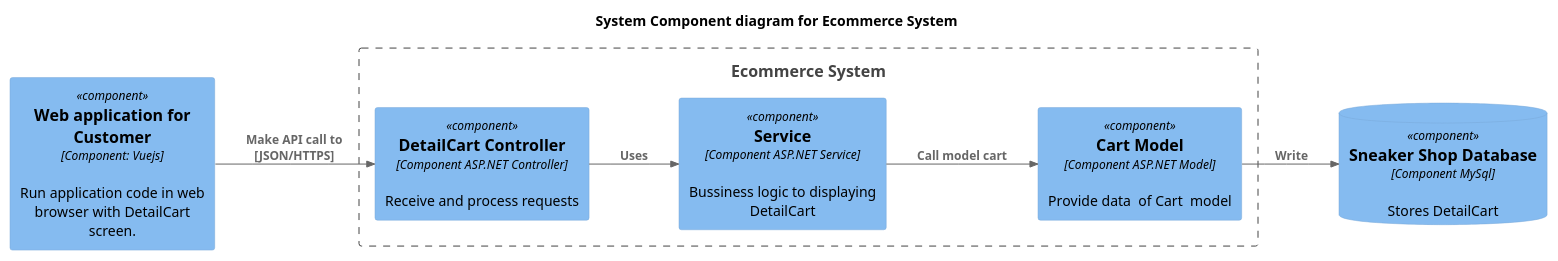
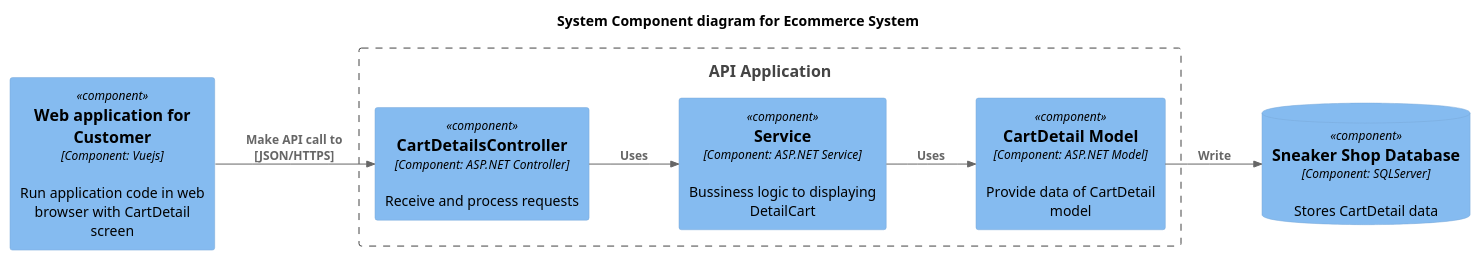
Before and after one commit to cuongchu264/PTTKHuongDoiTuong: the diagram in C4 model/Component/AddDetalCartComponent.puml, drawn with PlantUML. The commit also changed 24 other files, not shown here.

Commit message:
Recheck component code

```diff
--- a/C4 model/Component/AddDetalCartComponent.puml
+++ b/C4 model/Component/AddDetalCartComponent.puml
@@ -1,23 +1,23 @@
 @startuml
 !include https://raw.githubusercontent.com/plantuml-stdlib/C4-PlantUML/master/C4_Component.puml
 ' uncomment the following line and comment the first to use locally
 ' !include C4_Component.puml
 
 LAYOUT_LEFT_RIGHT()
 
 title System Component diagram for Ecommerce System
 
-Component(web_app, "Web application for Customer","Component: Vuejs", "Run application code in web browser with DetailCart  screen.")
-ComponentDb(db, "Sneaker Shop Database","Component MySql", "Stores DetailCart ")
+Component(web_app, "Web application for Customer","Component: Vuejs", "Run application code in web browser with CartDetail screen")
+ComponentDb(db, "Sneaker Shop Database","Component: SQLServer", "Stores CartDetail data ")
 
-Boundary(System, "Ecommerce System") {
-    Component(Controller, "DetailCart Controller", "Component ASP.NET Controller", "Receive and process requests ")
-    Component(Service, "Service","Component ASP.NET Service", "Bussiness logic to displaying DetailCart  ")
-    Component(model, "Cart Model", "Component ASP.NET Model", "Provide data  of Cart  model ")
+Boundary(System, "API Application") {
+    Component(Controller, "CartDetailsController", "Component: ASP.NET Controller", "Receive and process requests ")
+    Component(Service, "Service","Component: ASP.NET Service", "Bussiness logic to displaying DetailCart  ")
+    Component(model, "CartDetail Model", "Component: ASP.NET Model", "Provide data of CartDetail model ")
 
     Rel(Controller, Service, "Uses")
-    Rel(Service, model, "Call model cart")
+    Rel(Service, model, "Uses")
     Rel(model, db, "Write")
     Rel(web_app,Controller, "Make API call to [JSON/HTTPS]")
 }
 @enduml
```
